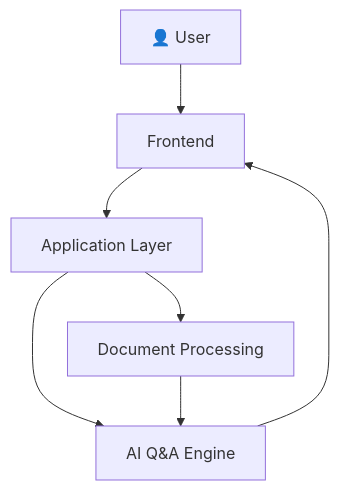
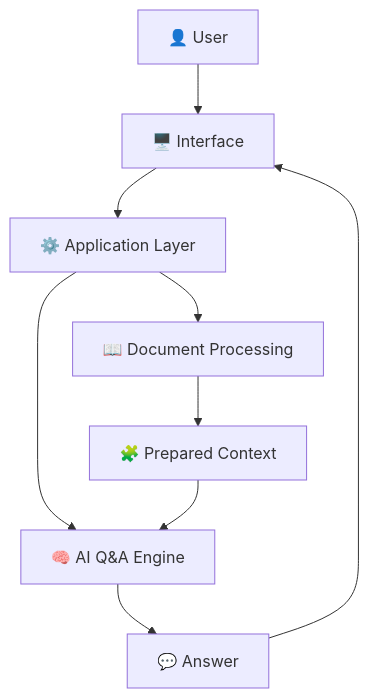
Before and after one commit to Priyanshu710-ui/-AI-Powered-PDF-Q-A-Tool: the second of 4 diagrams in README.md, drawn with Mermaid. The commit also changed other lines of this file, not shown here.

Commit message:
Replace diagram-only README with full PDF Q&A documentation

````diff
--- a/README.md
+++ b/README.md
@@ -19,9 +41,11 @@
 ```mermaid
 flowchart TB
-    U[👤 User] --> UI[Frontend]
-    UI --> APP[Application Layer]
-    APP --> PDF[Document Processing]
-    APP --> AI[AI Q&A Engine]
-    PDF --> AI
-    AI --> UI
+    U[👤 User] --> UI[🖥️ Interface]
+    UI --> APP[⚙️ Application Layer]
+    APP --> PDF[📖 Document Processing]
+    PDF --> CTX[🧩 Prepared Context]
+    APP --> AI[🧠 AI Q&A Engine]
+    CTX --> AI
+    AI --> ANS[💬 Answer]
+    ANS --> UI
 ```
````
